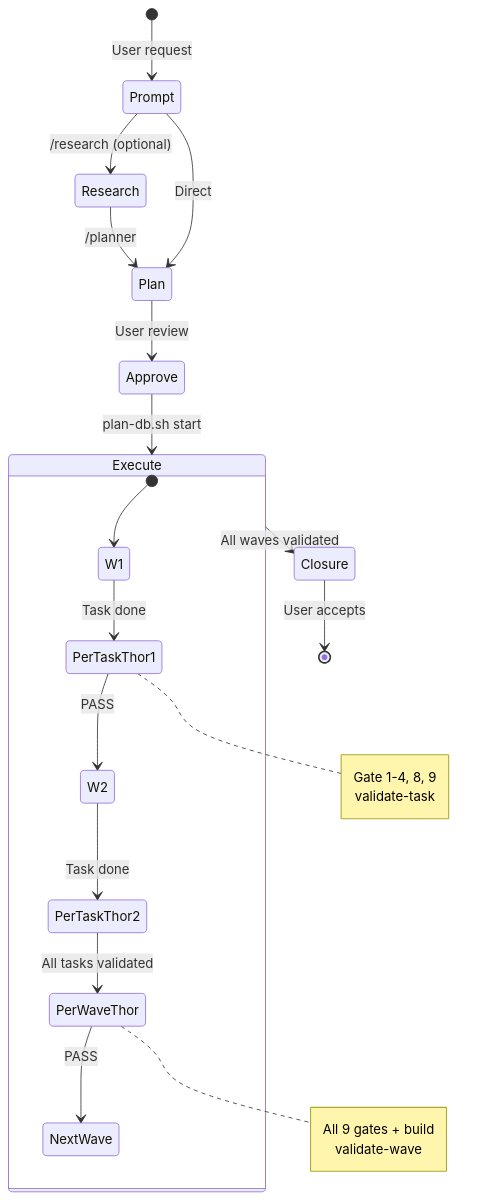
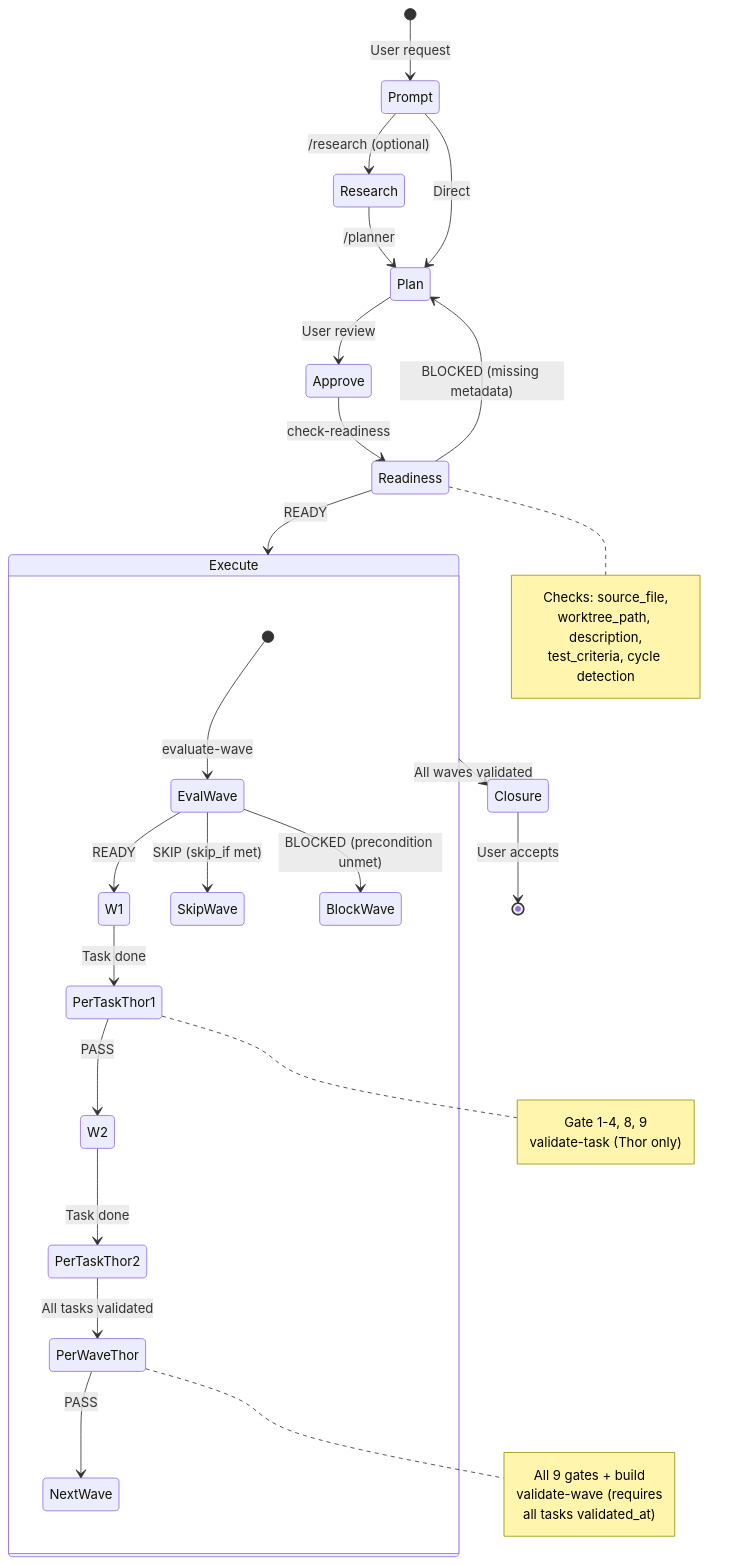
One commit to Roberdan/MyConvergio changed the second of 6 diagrams in README.md. Above: the diagram before and after it, drawn with Mermaid. The commit also changed other lines of this file and 2 other files, not shown here.

````diff
--- a/README.md
+++ b/README.md
@@ -41,27 +41,38 @@
 ```mermaid
 stateDiagram-v2
     [*] --> Prompt: User request
     Prompt --> Research: /research (optional)
     Research --> Plan: /planner
     Prompt --> Plan: Direct
     Plan --> Approve: User review
-    Approve --> Execute: plan-db.sh start
+    Approve --> Readiness: check-readiness
+    Readiness --> Execute: READY
+    Readiness --> Plan: BLOCKED (missing metadata)
     state Execute {
-        [*] --> W1
+        [*] --> EvalWave: evaluate-wave
+        EvalWave --> W1: READY
+        EvalWave --> SkipWave: SKIP (skip_if met)
+        EvalWave --> BlockWave: BLOCKED (precondition unmet)
         W1 --> PerTaskThor1: Task done
         PerTaskThor1 --> W2: PASS
         W2 --> PerTaskThor2: Task done
         PerTaskThor2 --> PerWaveThor: All tasks validated
         PerWaveThor --> NextWave: PASS
     }
     Execute --> Closure: All waves validated
     Closure --> [*]: User accepts
+    note right of Readiness
+        Checks: source_file,
+        worktree_path, description,
+        test_criteria, cycle detection
+    end note
     note right of PerTaskThor1
         Gate 1-4, 8, 9
-        validate-task
+        validate-task (Thor only)
     end note
     note right of PerWaveThor
         All 9 gates + build
-        validate-wave
+        validate-wave (requires
+        all tasks validated_at)
     end note
 ```
````
